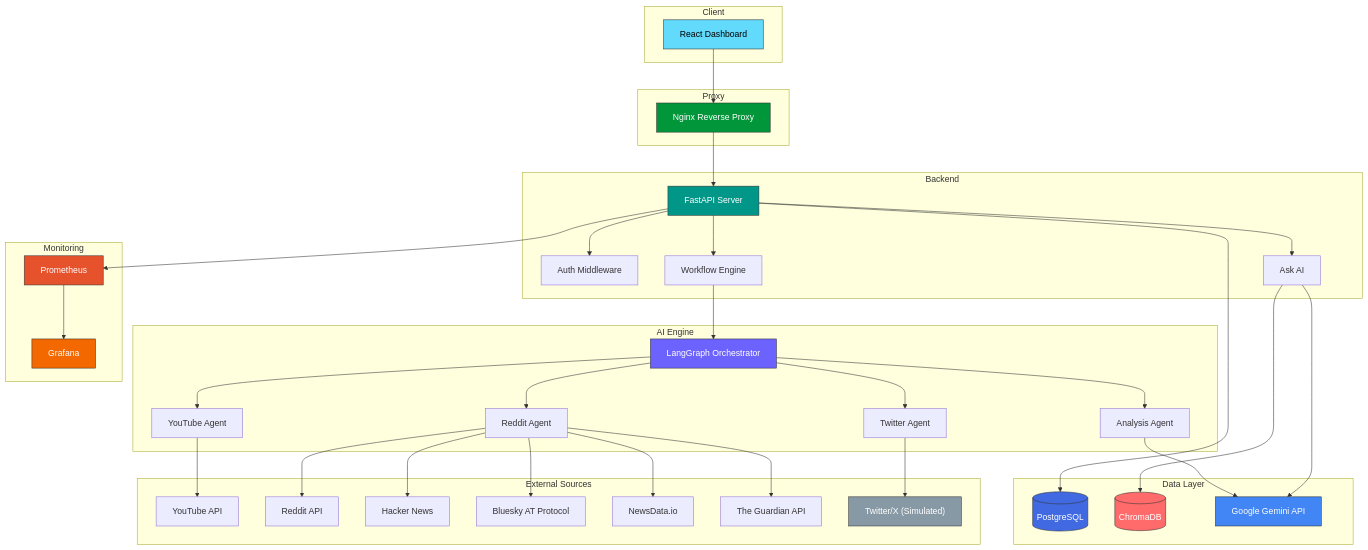
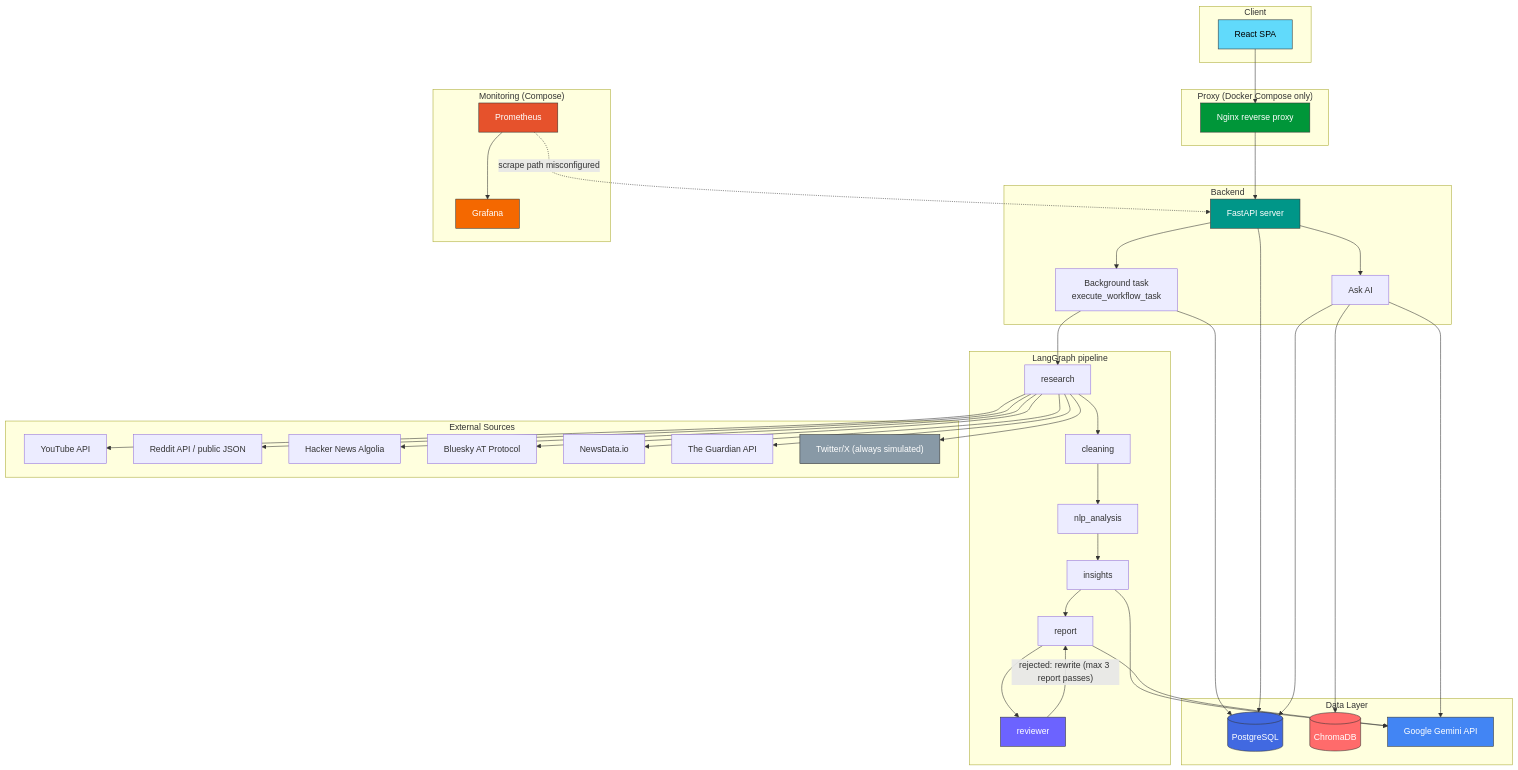
Before and after one commit to TRITUSLegend/OpinionMap: the diagram in README.md, drawn with Mermaid. The commit also changed other lines of this file, not shown here.

First line of the commit message:
docs(readme): match the code on sources, pipeline, config and known issues

````diff
--- a/README.md
+++ b/README.md
@@ -87,74 +86,69 @@
 ```mermaid
 graph TB
     subgraph Client
-        UI[React Dashboard]
+        UI[React SPA]
     end
 
-    subgraph Proxy
-        NG[Nginx Reverse Proxy]
+    subgraph Proxy["Proxy (Docker Compose only)"]
+        NG[Nginx reverse proxy]
     end
 
     subgraph Backend
-        API[FastAPI Server]
-        AUTH[Auth Middleware]
-        WF[Workflow Engine]
+        API[FastAPI server]
+        BG["Background task<br/>execute_workflow_task"]
         ASK[Ask AI]
     end
 
-    subgraph AI Engine
-        LG[LangGraph Orchestrator]
-        YTA[YouTube Agent]
-        RDA[Reddit Agent]
-        TWA[Twitter Agent]
-        ANA[Analysis Agent]
+    subgraph Pipeline["LangGraph pipeline"]
+        RES[research] --> CLN[cleaning] --> NLP[nlp_analysis] --> INS[insights] --> REP[report] --> REV[reviewer]
+        REV -- "rejected: rewrite (max 3 report passes)" --> REP
     end
 
     subgraph Data Layer
         PG[(PostgreSQL)]
         CR[(ChromaDB)]
         GEM[Google Gemini API]
     end
 
-    subgraph Monitoring
+    subgraph Monitoring["Monitoring (Compose)"]
         PROM[Prometheus]
         GRAF[Grafana]
     end
 
     subgraph External Sources
         YT[YouTube API]
-        RD[Reddit API]
-        HN[Hacker News]
+        RD[Reddit API / public JSON]
+        HN[Hacker News Algolia]
         BSK[Bluesky AT Protocol]
         NDI[NewsData.io]
         GRD[The Guardian API]
-        TW["Twitter/X (Simulated)"]
+        TW["Twitter/X (always simulated)"]
     end
 
     UI --> NG
     NG --> API
-    API --> AUTH
-    API --> WF
-    WF --> LG
-    LG --> YTA & RDA & TWA & ANA
-    YTA --> YT
-    RDA --> RD & HN & BSK & NDI & GRD
-    TWA --> TW
-    ANA --> GEM
+    API --> BG
+    BG --> RES
+    RES --> YT & RD & HN & BSK & NDI & GRD & TW
+    INS --> GEM
+    REP --> GEM
+    BG --> PG
     API --> PG
     API --> ASK
+    ASK --> PG
     ASK --> CR
     ASK --> GEM
-    API --> PROM
+    PROM -. "scrape path misconfigured" .-> API
     PROM --> GRAF
 
     style UI fill:#61DAFB,stroke:#333,color:#000
     style NG fill:#009639,stroke:#333,color:#fff
     style API fill:#009688,stroke:#333,color:#fff
-    style LG fill:#6C63FF,stroke:#333,color:#fff
+    style REV fill:#6C63FF,stroke:#333,color:#fff
     style PG fill:#4169E1,stroke:#333,color:#fff
     style CR fill:#FF6B6B,stroke:#333,color:#fff
     style GEM fill:#4285F4,stroke:#333,color:#fff
     style PROM fill:#E6522C,stroke:#333,color:#fff
     style GRAF fill:#F46800,stroke:#333,color:#fff
     style TW fill:#8899A6,stroke:#333,color:#fff
 ```
````
